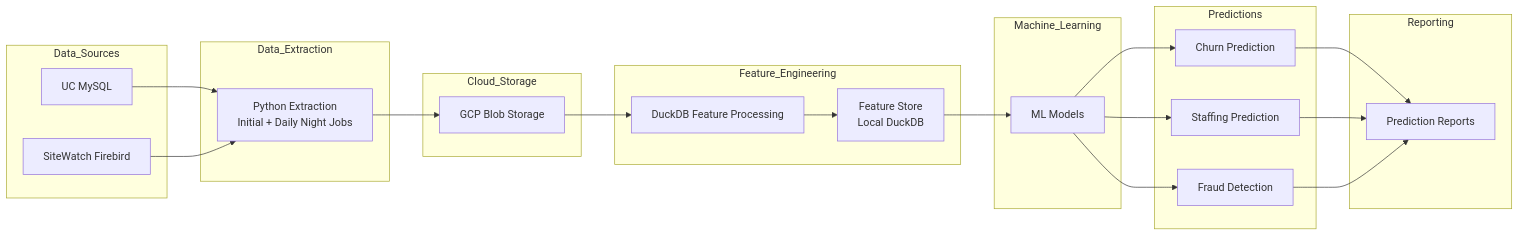
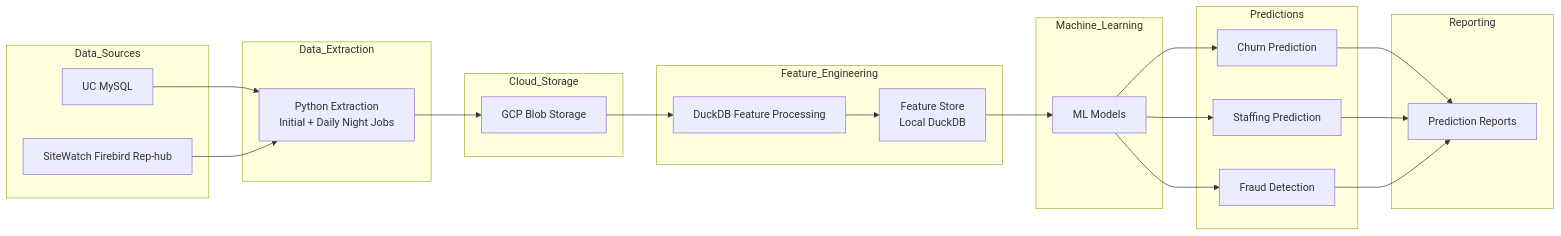
One commit to harihararaj-aifs/ChurnPrediction changed the diagram in Phase1(Flowchart).md. Above: the diagram before and after it, drawn with Mermaid.

Commit message:
FlowChart update for the Phase 1

````diff
--- a/Phase1(Flowchart).md
+++ b/Phase1(Flowchart).md
@@ -17,48 +17,48 @@
 ```mermaid
 flowchart LR
 
 subgraph Data_Sources
 A[UC MySQL]
-B[SiteWatch Firebird]
+B[SiteWatch Firebird Rep-hub]
 end
 
 subgraph Data_Extraction
 C[Python Extraction<br>Initial + Daily Night Jobs]
 end
 
 subgraph Cloud_Storage
 D[GCP Blob Storage]
 end
 
 subgraph Feature_Engineering
 E[DuckDB Feature Processing]
 F[Feature Store<br>Local DuckDB]
 end
 
 subgraph Machine_Learning
 G[ML Models]
 end
 
 subgraph Predictions
 H[Churn Prediction]
 I[Staffing Prediction]
 J[Fraud Detection]
 end
 
 subgraph Reporting
 K[Prediction Reports]
 end
 
 A --> C
 B --> C
 C --> D
 D --> E
 E --> F
 F --> G
 G --> H
 G --> I
 G --> J
 H --> K
 I --> K
 J --> K
 ```
````
